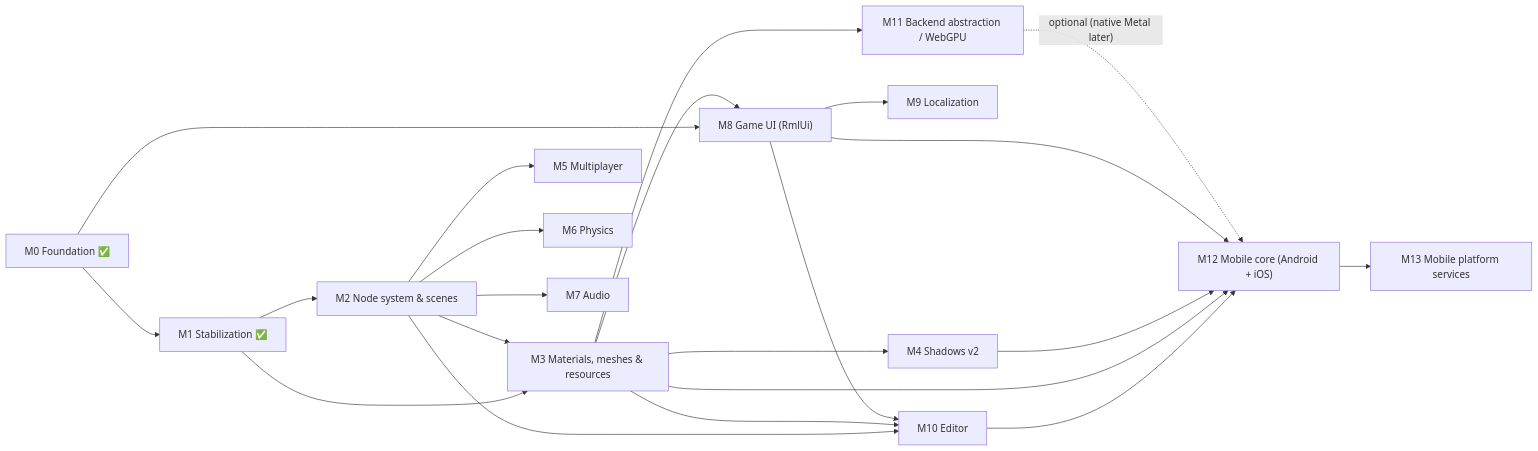
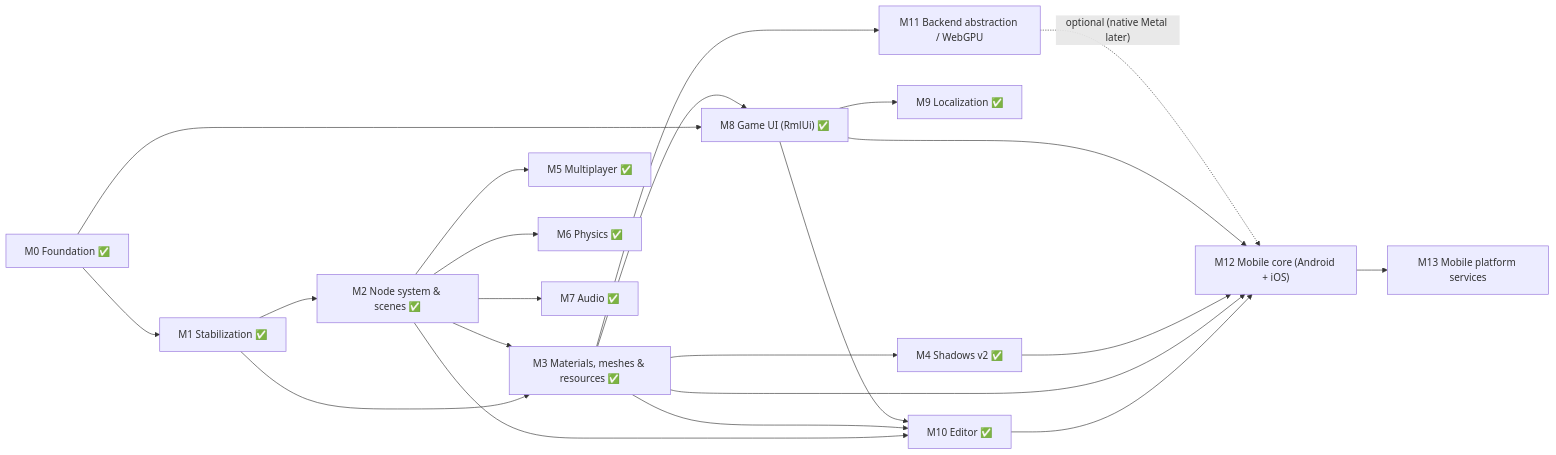
The diagram in docs/milestones.md (Mainframe-Games/mainframe-engine), drawn with Mermaid before and after one commit. The commit also changed other lines of this file and 8 other files, not shown here.

````diff
--- a/docs/milestones.md
+++ b/docs/milestones.md
@@ -8,24 +8,24 @@
 ```mermaid
 flowchart LR
     M0["M0 Foundation ✅"] --> M1["M1 Stabilization ✅"]
-    M1 --> M2["M2 Node system & scenes"]
-    M1 --> M3["M3 Materials, meshes & resources"]
+    M1 --> M2["M2 Node system & scenes ✅"]
+    M1 --> M3["M3 Materials, meshes & resources ✅"]
     M2 --> M3
-    M3 --> M4["M4 Shadows v2"]
-    M2 --> M5["M5 Multiplayer"]
-    M2 --> M6["M6 Physics"]
-    M2 --> M7["M7 Audio"]
-    M0 --> M8["M8 Game UI (RmlUi)"]
+    M3 --> M4["M4 Shadows v2 ✅"]
+    M2 --> M5["M5 Multiplayer ✅"]
+    M2 --> M6["M6 Physics ✅"]
+    M2 --> M7["M7 Audio ✅"]
+    M0 --> M8["M8 Game UI (RmlUi) ✅"]
     M3 --> M8
-    M8 --> M9["M9 Localization"]
-    M2 --> M10["M10 Editor"]
+    M8 --> M9["M9 Localization ✅"]
+    M2 --> M10["M10 Editor ✅"]
     M3 --> M10
     M8 --> M10
     M3 --> M11["M11 Backend abstraction / WebGPU"]
     M10 --> M12["M12 Mobile core (Android + iOS)"]
     M3 --> M12
     M4 --> M12
     M8 --> M12
     M11 -. "optional (native Metal later)" .-> M12
     M12 --> M13["M13 Mobile platform services"]
 ```
````
